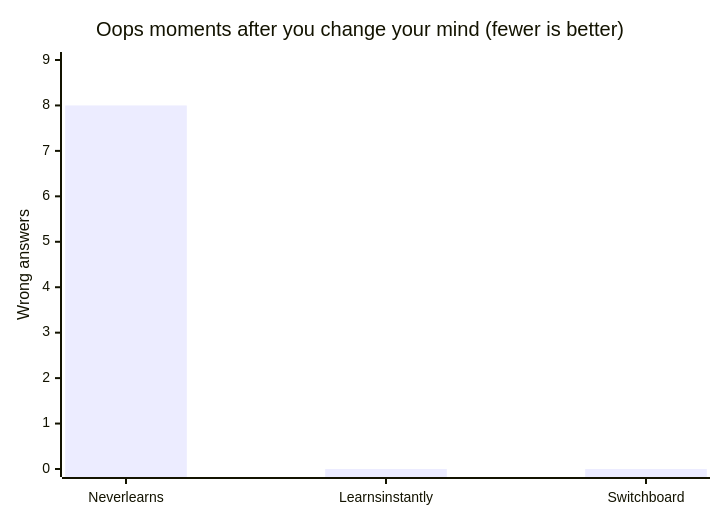
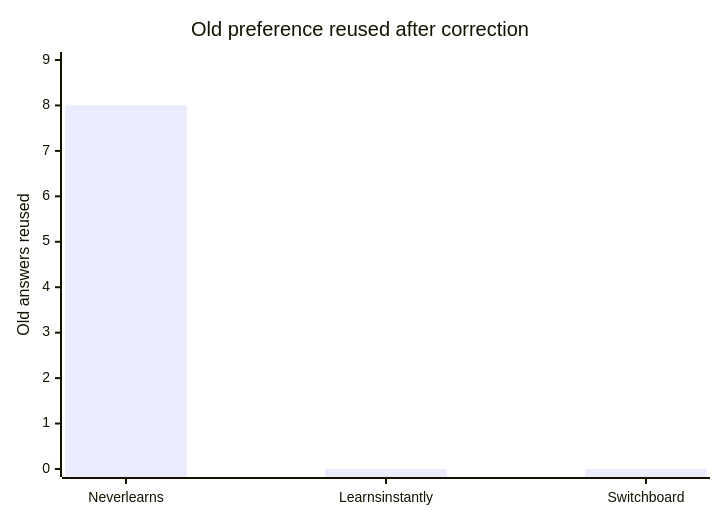
The seventh of 7 diagrams in README.md (KanishkNoir/SwitchBoard), drawn with Mermaid before and after one commit. The commit also changed other lines of this file and 9 other files, not shown here.

````diff
--- a/README.md
+++ b/README.md
@@ -190,7 +203,7 @@
 ```mermaid
 xychart-beta
-    title "Oops moments after you change your mind (fewer is better)"
+    title "Old preference reused after correction"
     x-axis [Never learns, Learns instantly, Switchboard]
-    y-axis "Wrong answers" 0 --> 9
+    y-axis "Old answers reused" 0 --> 9
     bar [8, 0, 0]
 ```
````
